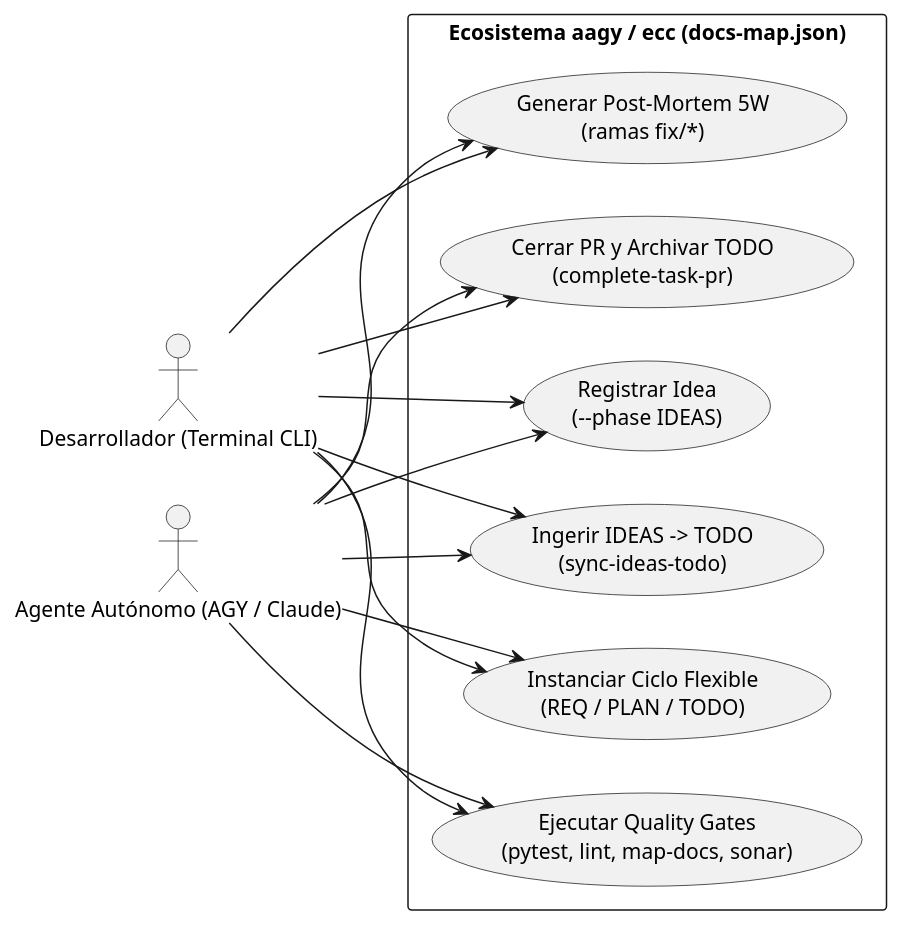
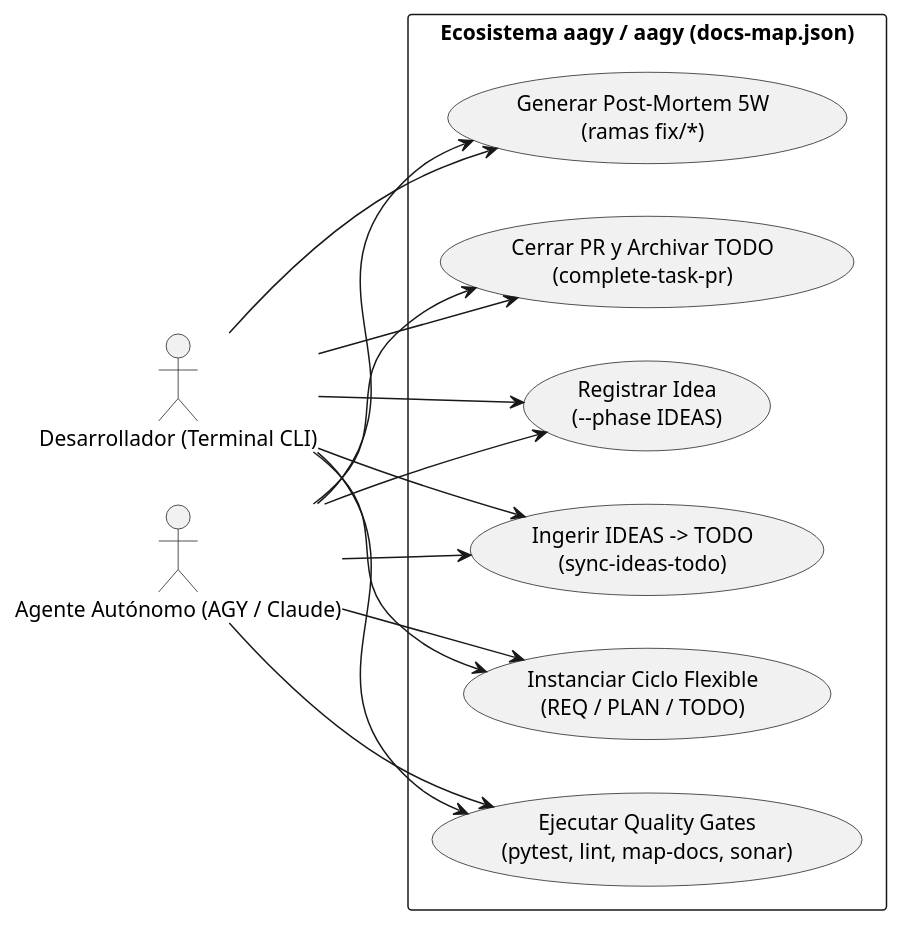
The diagram in doc/03-domain-and-flows/dgrms/UC_aagy_lifecycle_parity.puml (ACB75/aagy), drawn with PlantUML before and after one commit. The commit also changed 350 other files, not shown here.

First line of the commit message:
[chore]-[aagy,aagy-ecc,scripts,doc]: purga integral del legado ecc y reinstalacion limpia del plugin aagy (#40)

```diff
--- a/doc/03-domain-and-flows/dgrms/UC_aagy_lifecycle_parity.puml
+++ b/doc/03-domain-and-flows/dgrms/UC_aagy_lifecycle_parity.puml
@@ -1,30 +1,30 @@
 @startuml UC_aagy_lifecycle_parity
 left to right direction
 skinparam packageStyle rectangle
 
 actor "Desarrollador (Terminal CLI)" as Dev
 actor "Agente Autónomo (AGY / Claude)" as Agent
 
-rectangle "Ecosistema aagy / ecc (docs-map.json)" {
+rectangle "Ecosistema aagy / aagy (docs-map.json)" {
   usecase "Registrar Idea\n(--phase IDEAS)" as UC1
   usecase "Ingerir IDEAS -> TODO\n(sync-ideas-todo)" as UC2
   usecase "Instanciar Ciclo Flexible\n(REQ / PLAN / TODO)" as UC3
   usecase "Ejecutar Quality Gates\n(pytest, lint, map-docs, sonar)" as UC4
   usecase "Generar Post-Mortem 5W\n(ramas fix/*)" as UC5
   usecase "Cerrar PR y Archivar TODO\n(complete-task-pr)" as UC6
 }
 
 Dev --> UC1
 Dev --> UC2
 Dev --> UC3
 Dev --> UC4
 Dev --> UC5
 Dev --> UC6
 
 Agent --> UC1
 Agent --> UC2
 Agent --> UC3
 Agent --> UC4
 Agent --> UC5
 Agent --> UC6
 @enduml
```
